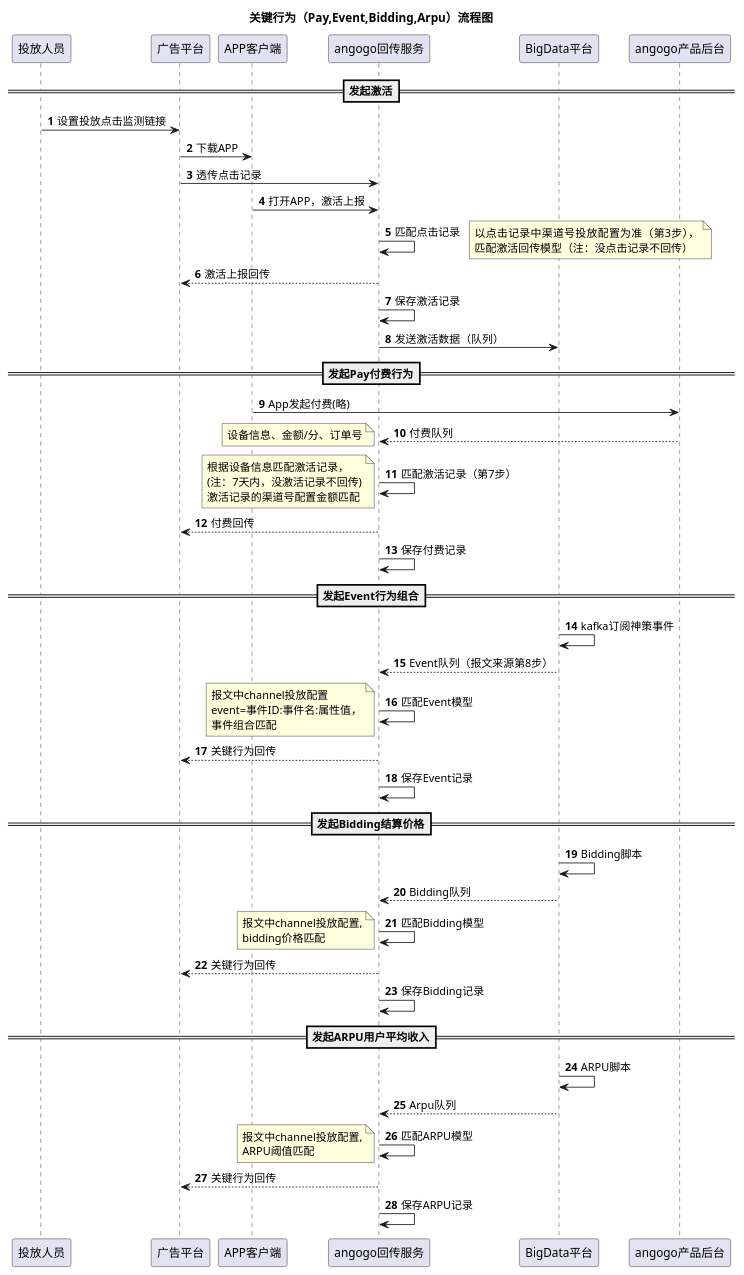
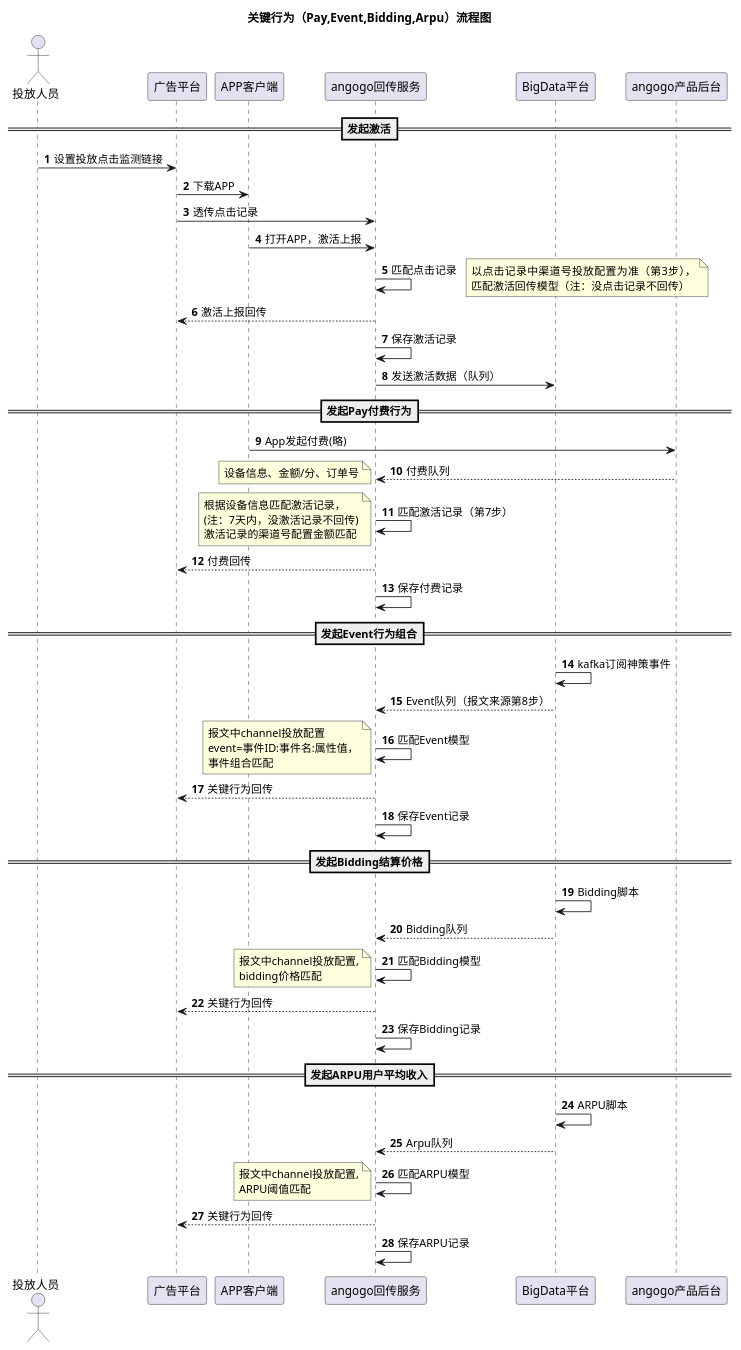
One commit to aoheng/PlantUML changed the diagram in angogo/feedback/behavior.puml. Above: the diagram before and after it, drawn with PlantUML.

Commit message:
feat: 关键行为（Pay,Event,Bidding,Arpu）流程图

```diff
--- a/angogo/feedback/behavior.puml
+++ b/angogo/feedback/behavior.puml
@@ -1,72 +1,73 @@
 @startuml
 'https://plantuml.com/sequence-diagram
 
 title 关键行为（Pay,Event,Bidding,Arpu）流程图
 autonumber
+actor 投放人员
 
 ==发起激活==
 投放人员 -> 广告平台 : 设置投放点击监测链接
 广告平台 -> APP客户端: 下载APP
 广告平台 -> angogo回传服务: 透传点击记录
 APP客户端 -> angogo回传服务: 打开APP，激活上报
 angogo回传服务 ->angogo回传服务: 匹配点击记录
 note right
 以点击记录中渠道号投放配置为准（第3步），
 匹配激活回传模型（注：没点击记录不回传）
 end note
 angogo回传服务 --> 广告平台: 激活上报回传
 angogo回传服务 ->angogo回传服务: 保存激活记录
 angogo回传服务 ->BigData平台: 发送激活数据（队列）
 
 /'newpage'/
 ==发起Pay付费行为==
 
 APP客户端 -> angogo产品后台: App发起付费(略)
 angogo产品后台 --> angogo回传服务: 付费队列
 note left
 设备信息、金额/分、订单号
 end note
 angogo回传服务 ->angogo回传服务: 匹配激活记录（第7步）
 note left
 根据设备信息匹配激活记录，
 (注：7天内，没激活记录不回传)
 激活记录的渠道号配置金额匹配
 end note
 angogo回传服务-->广告平台: 付费回传
 angogo回传服务->angogo回传服务:保存付费记录
 
 ==发起Event行为组合==
 BigData平台->BigData平台:kafka订阅神策事件
 BigData平台-->angogo回传服务:Event队列（报文来源第8步）
 angogo回传服务->angogo回传服务:匹配Event模型
 note left
 报文中channel投放配置
 event=事件ID:事件名:属性值，
 事件组合匹配
 end note
 angogo回传服务-->广告平台: 关键行为回传
 angogo回传服务->angogo回传服务:保存Event记录
 
 ==发起Bidding结算价格==
 BigData平台->BigData平台:Bidding脚本
 BigData平台-->angogo回传服务:Bidding队列
 angogo回传服务->angogo回传服务:匹配Bidding模型
 note left
 报文中channel投放配置,
 bidding价格匹配
 end note
 angogo回传服务-->广告平台: 关键行为回传
 angogo回传服务->angogo回传服务:保存Bidding记录
 
 ==发起ARPU用户平均收入==
 BigData平台->BigData平台:ARPU脚本
 BigData平台-->angogo回传服务:Arpu队列
 angogo回传服务->angogo回传服务:匹配ARPU模型
 note left
 报文中channel投放配置,
 ARPU阈值匹配
 end note
 angogo回传服务-->广告平台: 关键行为回传
 angogo回传服务->angogo回传服务:保存ARPU记录
 
 @enduml
```
